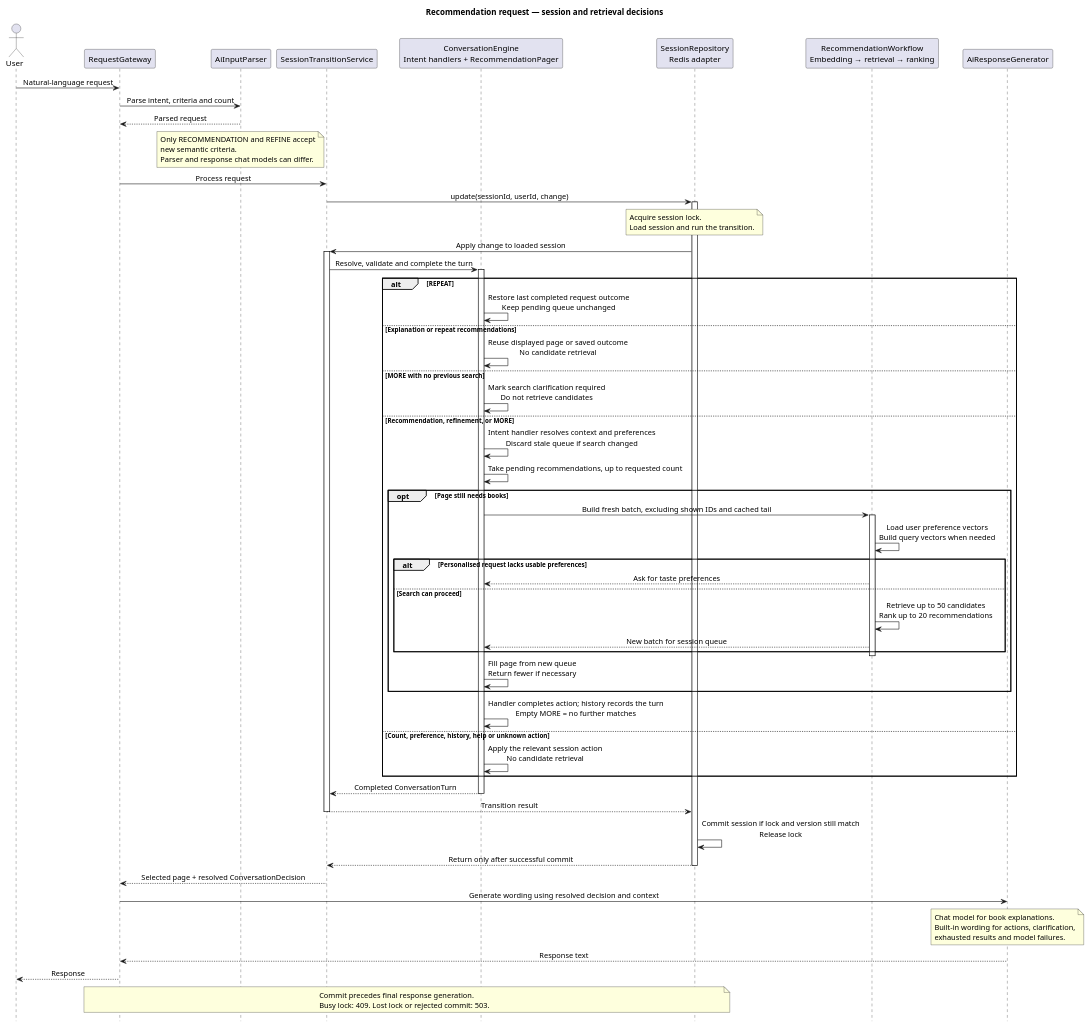
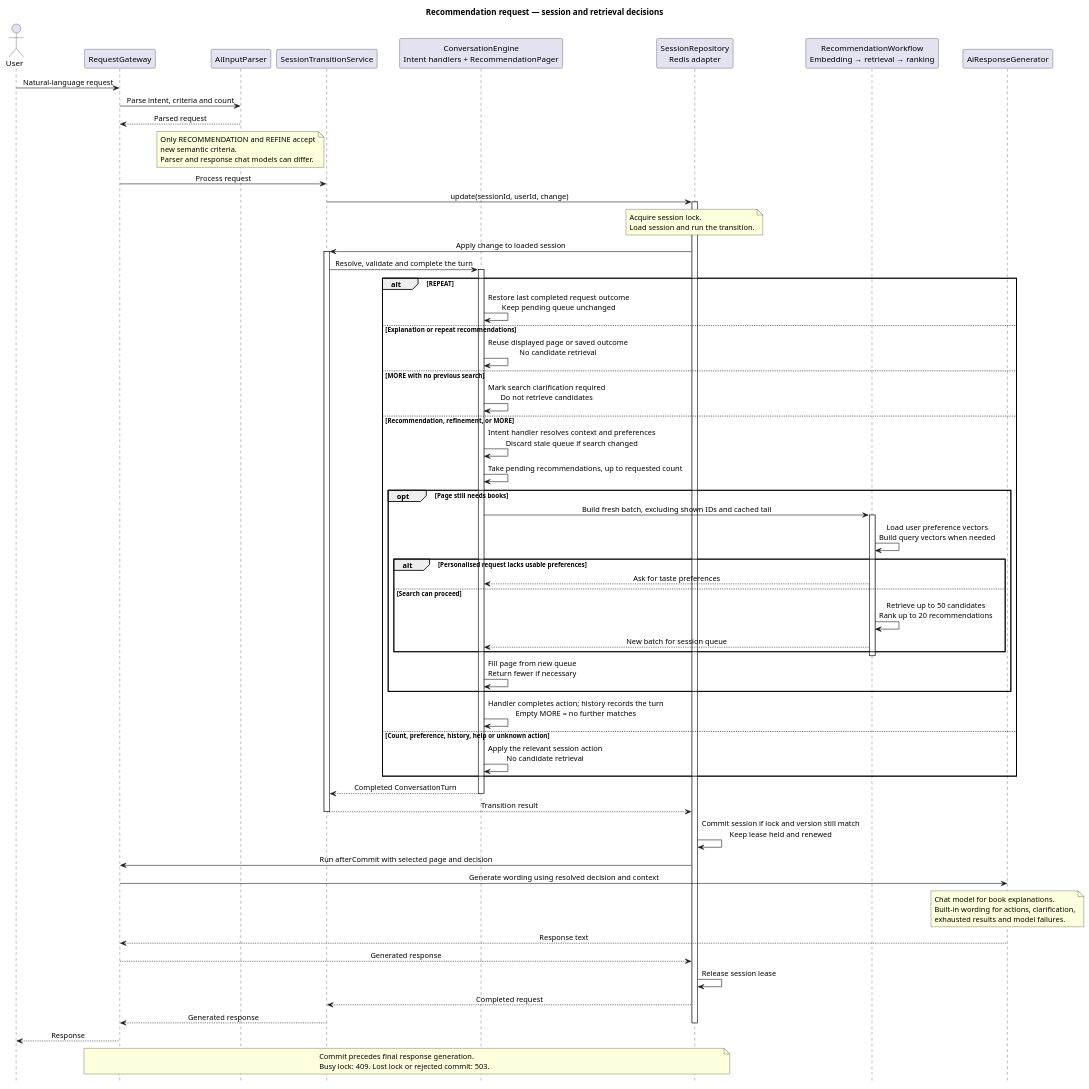
The diagram in docs/diagrams/recommendation-flow.puml (Juliu9/IT-Project), drawn with PlantUML before and after one commit. The commit also changed 19 other files, not shown here.

```diff
--- a/docs/diagrams/recommendation-flow.puml
+++ b/docs/diagrams/recommendation-flow.puml
@@ -1,85 +1,88 @@
 @startuml
 title Recommendation request — session and retrieval decisions
 skinparam backgroundColor #FFFFFF
 skinparam shadowing false
 skinparam defaultFontName SansSerif
 skinparam sequenceMessageAlign center
 hide footbox
 
 actor User
 participant RequestGateway as Gateway
 participant AiInputParser as Parser
 participant SessionTransitionService as Transition
 participant "ConversationEngine\nIntent handlers + RecommendationPager" as Engine
 participant "SessionRepository\nRedis adapter" as Sessions
 participant "RecommendationWorkflow\nEmbedding → retrieval → ranking" as Workflow
 participant AiResponseGenerator as Response
 
 User -> Gateway : Natural-language request
 Gateway -> Parser : Parse intent, criteria and count
 Parser --> Gateway : Parsed request
 note over Parser
   Only RECOMMENDATION and REFINE accept
   new semantic criteria.
   Parser and response chat models can differ.
 end note
 Gateway -> Transition : Process request
 Transition -> Sessions : update(sessionId, userId, change)
 activate Sessions
 note over Sessions
   Acquire session lock.
   Load session and run the transition.
 end note
 Sessions -> Transition : Apply change to loaded session
 activate Transition
 Transition -> Engine : Resolve, validate and complete the turn
 activate Engine
 
 alt REPEAT
   Engine -> Engine : Restore last completed request outcome\nKeep pending queue unchanged
 else Explanation or repeat recommendations
   Engine -> Engine : Reuse displayed page or saved outcome\nNo candidate retrieval
 else MORE with no previous search
   Engine -> Engine : Mark search clarification required\nDo not retrieve candidates
 else Recommendation, refinement, or MORE
   Engine -> Engine : Intent handler resolves context and preferences\nDiscard stale queue if search changed
   Engine -> Engine : Take pending recommendations, up to requested count
   opt Page still needs books
     Engine -> Workflow : Build fresh batch, excluding shown IDs and cached tail
     activate Workflow
     Workflow -> Workflow : Load user preference vectors\nBuild query vectors when needed
     alt Personalised request lacks usable preferences
       Workflow --> Engine : Ask for taste preferences
     else Search can proceed
       Workflow -> Workflow : Retrieve up to 50 candidates\nRank up to 20 recommendations
       Workflow --> Engine : New batch for session queue
     end
     deactivate Workflow
     Engine -> Engine : Fill page from new queue\nReturn fewer if necessary
   end
   Engine -> Engine : Handler completes action; history records the turn\nEmpty MORE = no further matches
 else Count, preference, history, help or unknown action
   Engine -> Engine : Apply the relevant session action\nNo candidate retrieval
 end
 
 Engine --> Transition : Completed ConversationTurn
 deactivate Engine
 Transition --> Sessions : Transition result
 deactivate Transition
-Sessions -> Sessions : Commit session if lock and version still match\nRelease lock
-Sessions --> Transition : Return only after successful commit
-deactivate Sessions
-Transition --> Gateway : Selected page + resolved ConversationDecision
+Sessions -> Sessions : Commit session if lock and version still match\nKeep lease held and renewed
+Sessions -> Gateway : Run afterCommit with selected page and decision
 Gateway -> Response : Generate wording using resolved decision and context
 note over Response
   Chat model for book explanations.
   Built-in wording for actions, clarification,
   exhausted results and model failures.
 end note
 Response --> Gateway : Response text
+Gateway --> Sessions : Generated response
+Sessions -> Sessions : Release session lease
+Sessions --> Transition : Completed request
+Transition --> Gateway : Generated response
+deactivate Sessions
 Gateway --> User : Response
 note over Gateway, Sessions
   Commit precedes final response generation.
   Busy lock: 409. Lost lock or rejected commit: 503.
 end note
 @enduml
```
